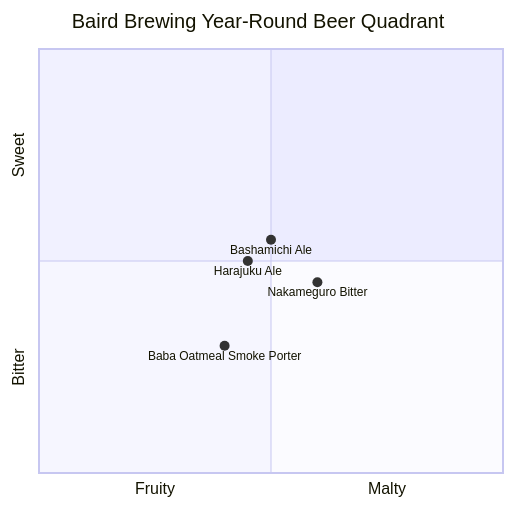
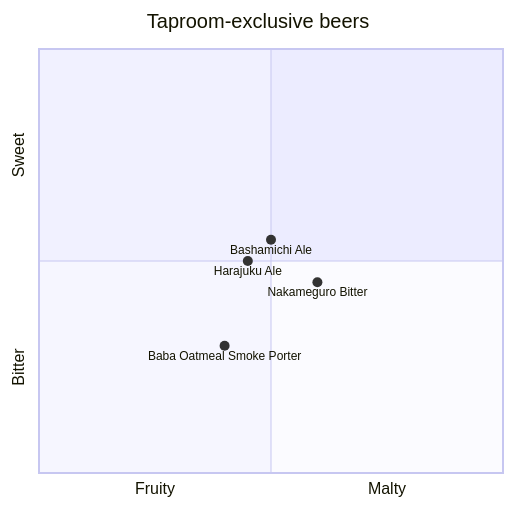
Before and after one commit to josh-wong/baird-beer-quadrants: the diagram in docs/beers-taproom-exclusive.mdx, drawn with Mermaid.

Commit message:
Revise quadrant title

````diff
--- a/docs/beers-taproom-exclusive.mdx
+++ b/docs/beers-taproom-exclusive.mdx
@@ -5,10 +5,10 @@
 ```mermaid
 quadrantChart
-    title Baird Brewing Year-Round Beer Quadrant
+    title Taproom-exclusive beers
     x-axis Fruity --> Malty
     y-axis Bitter --> Sweet
     Baba Oatmeal Smoke Porter: [0.40, 0.30]
     Bashamichi Ale: [0.50, 0.55]
     Harajuku Ale: [0.45, 0.50]
     Nakameguro Bitter: [0.60, 0.45]
 ```
````
